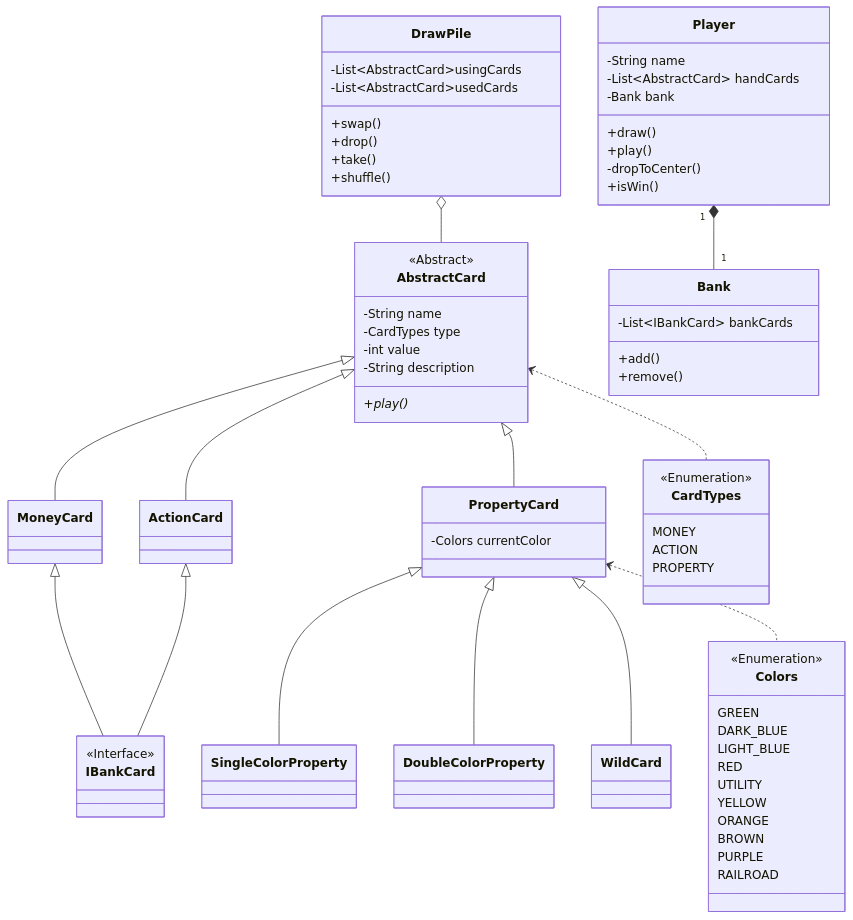
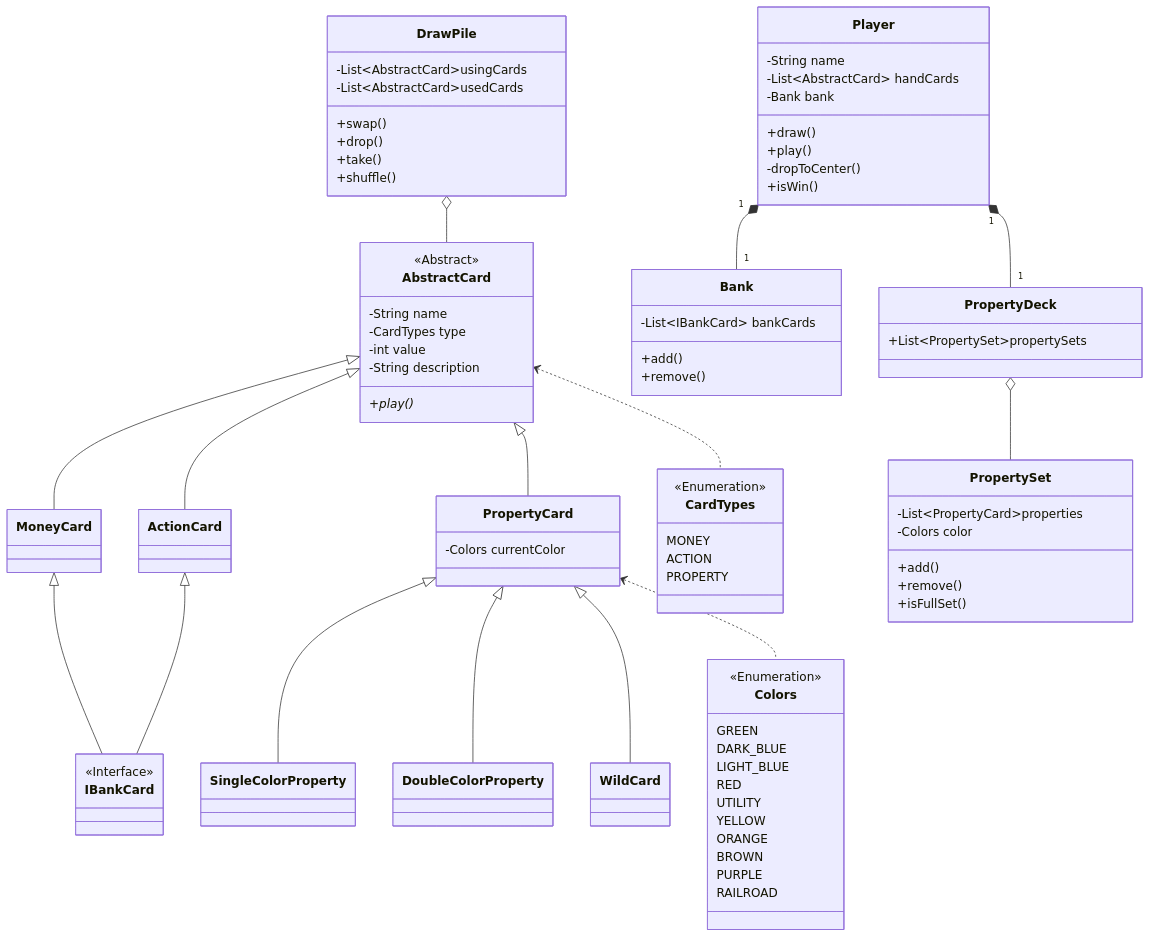
The diagram in README.md (KelvinQiu802/comp2004), drawn with Mermaid before and after one commit. The commit also changed 2 other files, not shown here.

Commit message:
feat: property deck

````diff
--- a/README.md
+++ b/README.md
@@ -24,11 +24,13 @@
 	MoneyCard <|-- IBankCard
 	ActionCard <|-- IBankCard
 	Player "1" *-- "1" Bank
+  Player "1" *-- "1" PropertyDeck
 	DrawPile o-- AbstractCard
 	PropertyCard <|-- SingleColorProperty
 	PropertyCard <|-- DoubleColorProperty
 	PropertyCard <|-- WildCard
 	PropertyCard <.. Colors
+	PropertyDeck o-- PropertySet
 	
 	class AbstractCard{
 		<<Abstract>>
@@ -102,4 +104,16 @@
 		+take()
 		+shuffle()
 	}
+	
+	class PropertyDeck{
+		+List~PropertySet~propertySets
+	}
+	
+	class PropertySet{
+		-List~PropertyCard~properties
+		-Colors color
+		+add()
+		+remove()
+		+isFullSet()
+	}
 ```
````
